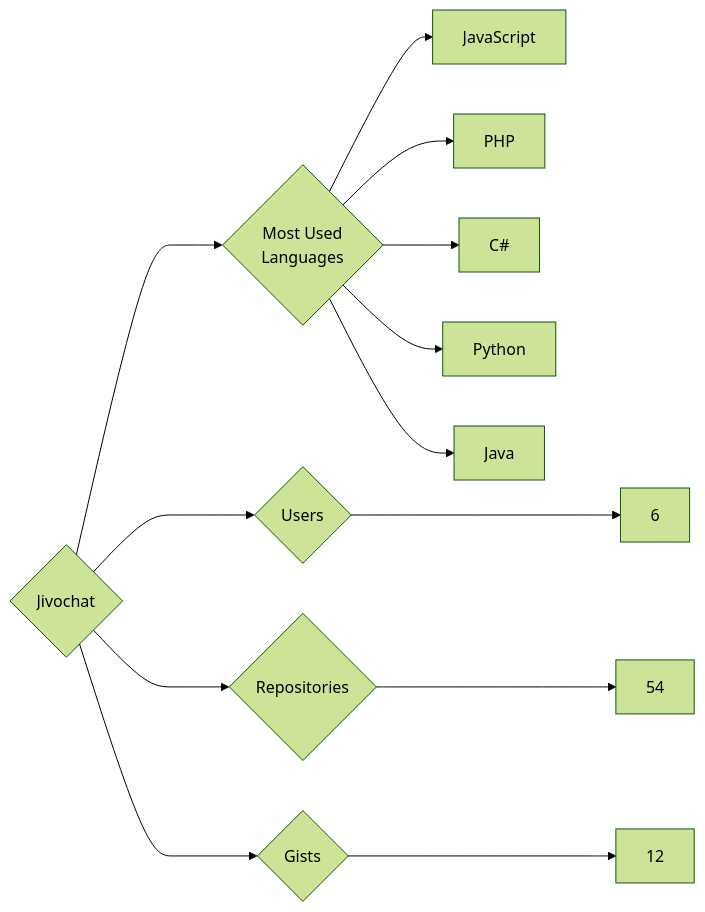
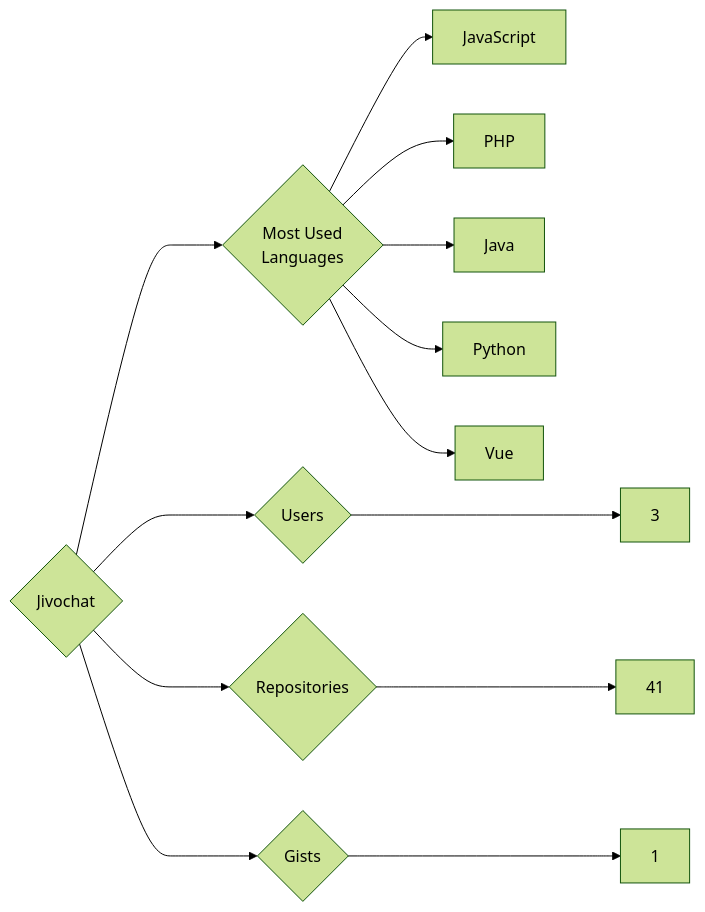
Before and after one commit to trickest/insiders: the diagram in targets/Jivochat/README.md, drawn with Mermaid (forest theme). The commit also changed 872 other files, not shown here.

````diff
--- a/targets/Jivochat/README.md
+++ b/targets/Jivochat/README.md
@@ -3,13 +3,13 @@
 ```mermaid
 graph LR
 COMPANY_NAME{Jivochat}
-COMPANY_NAME ---> U{Users} ---> UN[6]
-COMPANY_NAME ---> R{Repositories} ---> RN[54]
-COMPANY_NAME ---> G{Gists} ---> GN[12]
+COMPANY_NAME ---> U{Users} ---> UN[3]
+COMPANY_NAME ---> R{Repositories} ---> RN[41]
+COMPANY_NAME ---> G{Gists} ---> GN[1]
 COMPANY_NAME ---> ML{Most Used<br>Languages}
 ML --> JavaScript[JavaScript]
 ML --> PHP[PHP]
-ML --> C#[C#]
+ML --> Java[Java]
 ML --> Python[Python]
-ML --> Java[Java]
+ML --> Vue[Vue]
 ```
````
